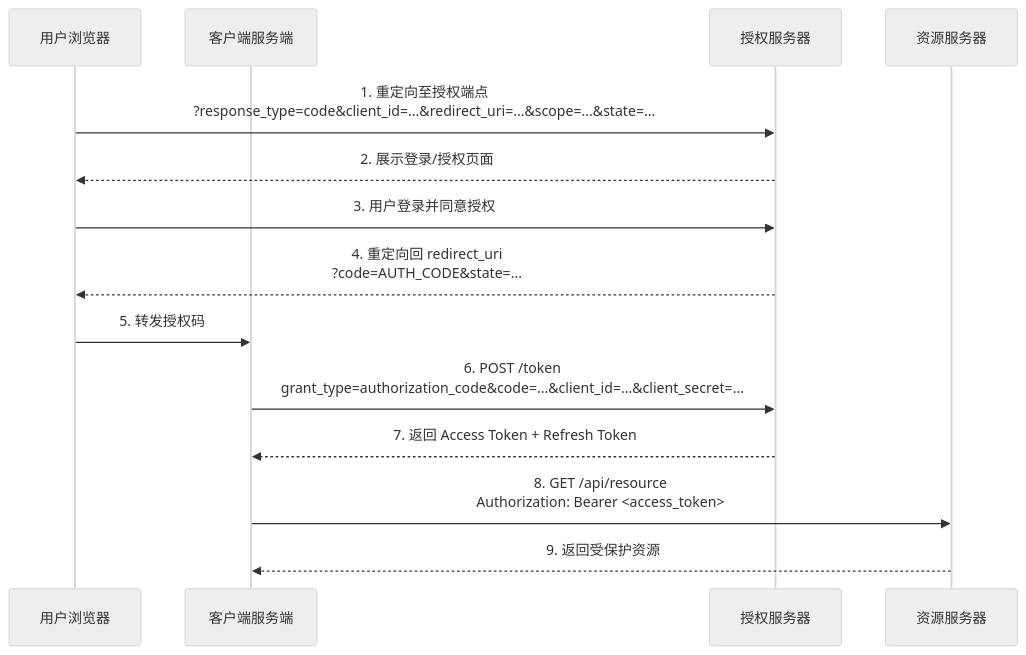
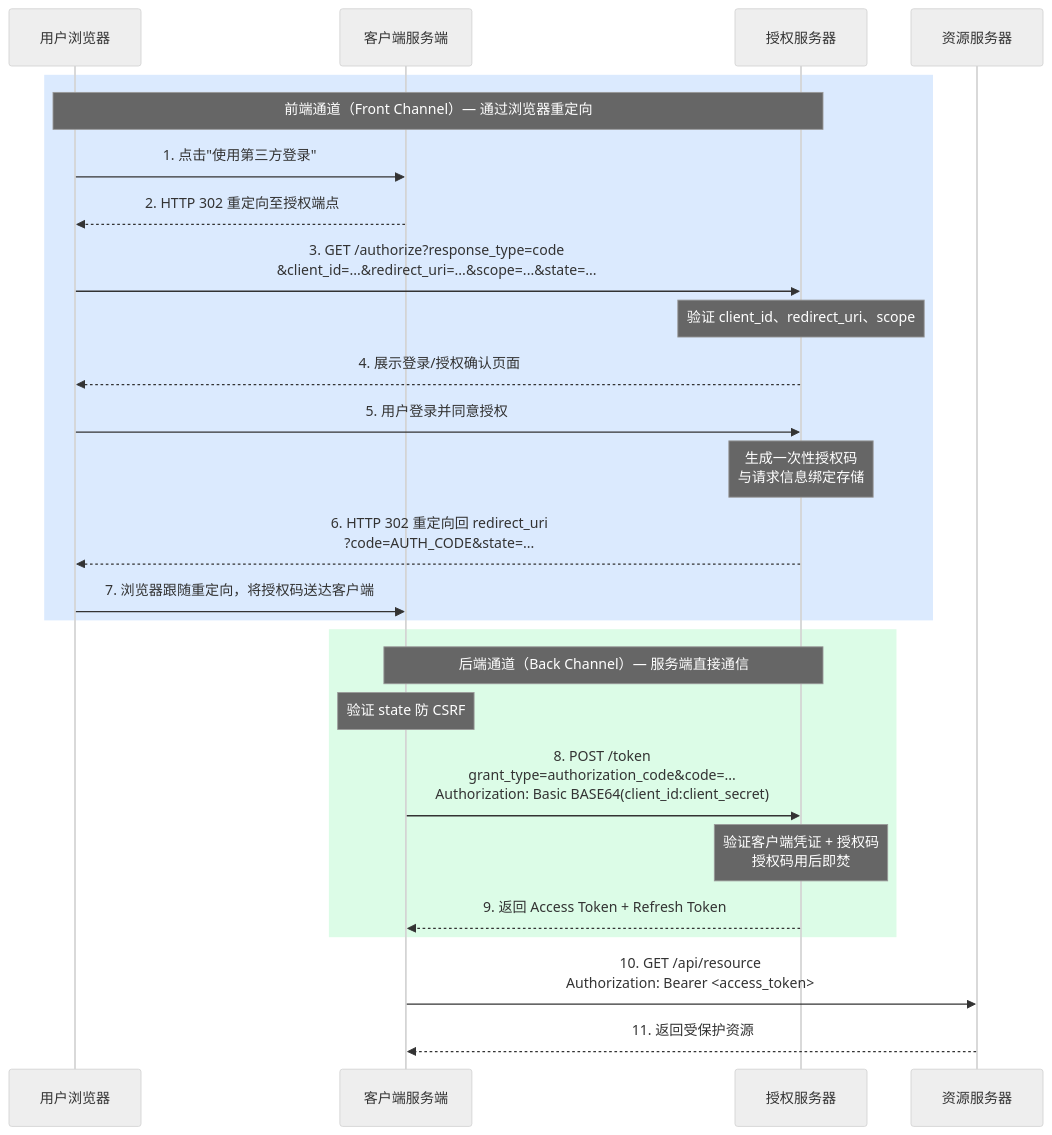
Before and after one commit to luguosong/programming-notes: the first of 8 diagrams in docs/topic/oauth/grant-types/index.md, drawn with Mermaid (neutral theme). The commit also changed other lines of this file and 7 other files, not shown here.

````diff
--- a/docs/topic/oauth/grant-types/index.md
+++ b/docs/topic/oauth/grant-types/index.md
@@ -9,17 +12,31 @@
 ``` mermaid
 sequenceDiagram
-    participant 用户浏览器
-    participant 客户端服务端
-    participant 授权服务器
-    participant 资源服务器
+    participant RO as 用户浏览器
+    participant Client as 客户端服务端
+    participant AS as 授权服务器
+    participant RS as 资源服务器
 
-    用户浏览器->>授权服务器: 1. 重定向至授权端点<br/>?response_type=code&client_id=...&redirect_uri=...&scope=...&state=...
-    授权服务器-->>用户浏览器: 2. 展示登录/授权页面
-    用户浏览器->>授权服务器: 3. 用户登录并同意授权
-    授权服务器-->>用户浏览器: 4. 重定向回 redirect_uri<br/>?code=AUTH_CODE&state=...
-    用户浏览器->>客户端服务端: 5. 转发授权码
-    客户端服务端->>授权服务器: 6. POST /token<br/>grant_type=authorization_code&code=...&client_id=...&client_secret=...
-    授权服务器-->>客户端服务端: 7. 返回 Access Token + Refresh Token
-    客户端服务端->>资源服务器: 8. GET /api/resource<br/>Authorization: Bearer <access_token>
-    资源服务器-->>客户端服务端: 9. 返回受保护资源
+    rect rgb(219, 234, 254)
+    Note over RO,AS: 前端通道（Front Channel）— 通过浏览器重定向
+    RO->>Client: 1. 点击"使用第三方登录"
+    Client-->>RO: 2. HTTP 302 重定向至授权端点
+    RO->>AS: 3. GET /authorize?response_type=code<br/>&client_id=...&redirect_uri=...&scope=...&state=...
+    Note over AS: 验证 client_id、redirect_uri、scope
+    AS-->>RO: 4. 展示登录/授权确认页面
+    RO->>AS: 5. 用户登录并同意授权
+    Note over AS: 生成一次性授权码<br/>与请求信息绑定存储
+    AS-->>RO: 6. HTTP 302 重定向回 redirect_uri<br/>?code=AUTH_CODE&state=...
+    RO->>Client: 7. 浏览器跟随重定向，将授权码送达客户端
+    end
+
+    rect rgb(220, 252, 231)
+    Note over Client,AS: 后端通道（Back Channel）— 服务端直接通信
+    Note over Client: 验证 state 防 CSRF
+    Client->>AS: 8. POST /token<br/>grant_type=authorization_code&code=...<br/>Authorization: Basic BASE64(client_id:client_secret)
+    Note over AS: 验证客户端凭证 + 授权码<br/>授权码用后即焚
+    AS-->>Client: 9. 返回 Access Token + Refresh Token
+    end
+
+    Client->>RS: 10. GET /api/resource<br/>Authorization: Bearer <access_token>
+    RS-->>Client: 11. 返回受保护资源
 ```
````
